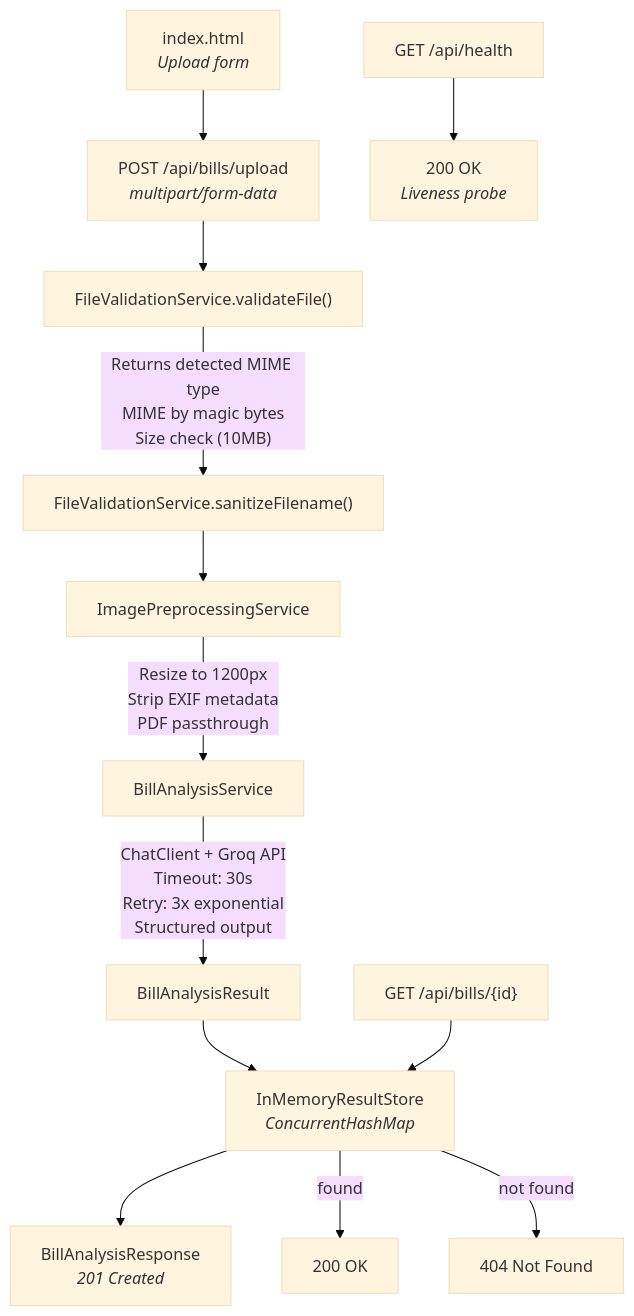
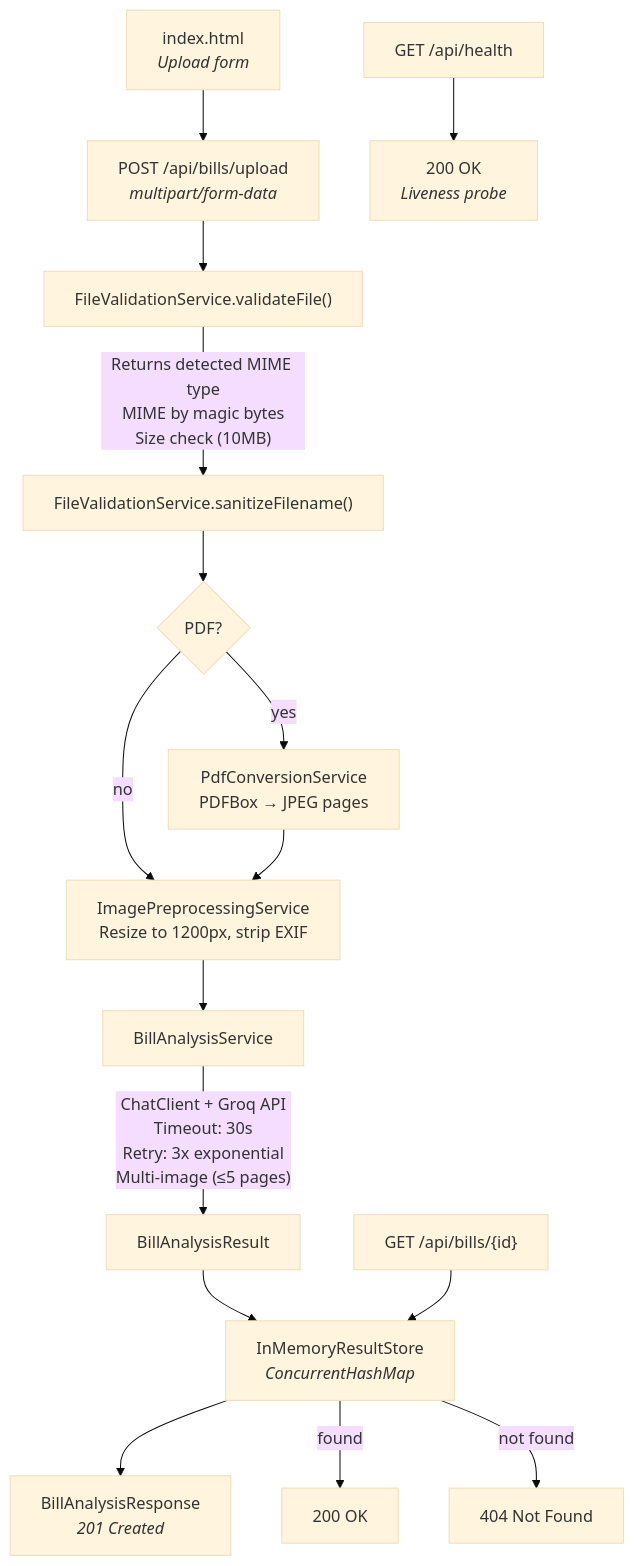
The diagram in wiki/pages/11-Application-Architecture.md (kojder/bill-manager-actions), drawn with Mermaid (base theme) before and after one commit. The commit also changed other lines of this file and 26 other files, not shown here.

First line of the commit message:
feat(upload): add PDF bill support via PDFBox conversion (#14)

````diff
--- a/wiki/pages/11-Application-Architecture.md
+++ b/wiki/pages/11-Application-Architecture.md
@@ -83,17 +87,20 @@
 ```mermaid
 graph TD
     UI["index.html<br/><i>Upload form</i>"] --> UPLOAD
     UPLOAD["POST /api/bills/upload<br/><i>multipart/form-data</i>"] --> VALIDATE["FileValidationService.validateFile()"]
     VALIDATE -->|"Returns detected MIME type<br/>MIME by magic bytes<br/>Size check (10MB)"| SANITIZE["FileValidationService.sanitizeFilename()"]
-    SANITIZE --> PREPROCESS["ImagePreprocessingService"]
-    PREPROCESS -->|"Resize to 1200px<br/>Strip EXIF metadata<br/>PDF passthrough"| ANALYZE["BillAnalysisService"]
-    ANALYZE -->|"ChatClient + Groq API<br/>Timeout: 30s<br/>Retry: 3x exponential<br/>Structured output"| RESULT["BillAnalysisResult"]
+    SANITIZE --> BRANCH{"PDF?"}
+    BRANCH -->|"yes"| PDF_CONVERT["PdfConversionService<br/>PDFBox → JPEG pages"]
+    BRANCH -->|"no"| PREPROCESS
+    PDF_CONVERT --> PREPROCESS["ImagePreprocessingService<br/>Resize to 1200px, strip EXIF"]
+    PREPROCESS --> ANALYZE["BillAnalysisService"]
+    ANALYZE -->|"ChatClient + Groq API<br/>Timeout: 30s<br/>Retry: 3x exponential<br/>Multi-image (≤5 pages)"| RESULT["BillAnalysisResult"]
     RESULT --> STORE["InMemoryResultStore<br/><i>ConcurrentHashMap</i>"]
     STORE --> RESPONSE["BillAnalysisResponse<br/><i>201 Created</i>"]
 
     RETRIEVE["GET /api/bills/{id}"] --> STORE
     STORE -->|"found"| OK["200 OK"]
     STORE -->|"not found"| NOT_FOUND["404 Not Found"]
 
     HEALTH["GET /api/health"] --> HEALTH_OK["200 OK<br/><i>Liveness probe</i>"]
 ```
````
